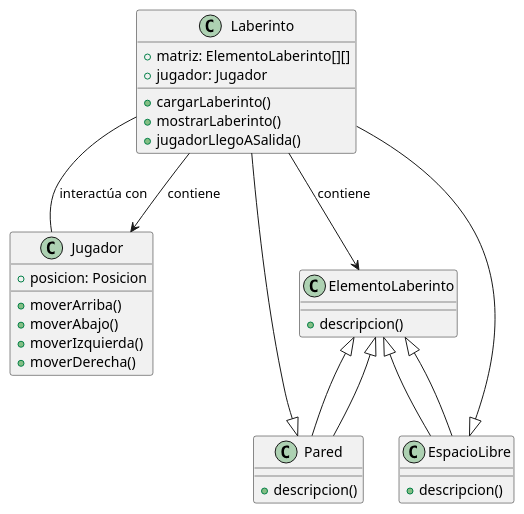
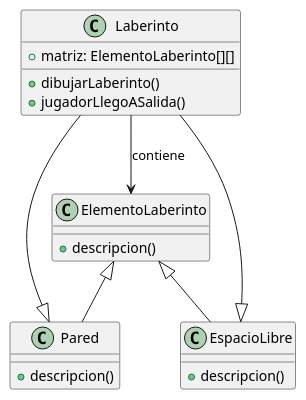
The diagram in clases.plantuml (sagarcial/labertinto), drawn with PlantUML before and after one commit.

```diff
--- a/clases.plantuml
+++ b/clases.plantuml
@@ -1,39 +1,25 @@
 @startuml
 class Laberinto {
   +matriz: ElementoLaberinto[][]
-  +jugador: Jugador
-  +cargarLaberinto()
-  +mostrarLaberinto()
+  +dibujarLaberinto()
   +jugadorLlegoASalida()
-}
-
-class Jugador {
-  +posicion: Posicion
-  +moverArriba()
-  +moverAbajo()
-  +moverIzquierda()
-  +moverDerecha()
 }
 
 class ElementoLaberinto {
   +descripcion()
 }
 
 class Pared {
   +descripcion()
 }
 
 class EspacioLibre {
   +descripcion()
 }
 
 Laberinto --> ElementoLaberinto : contiene
-Laberinto --> Jugador : contiene
 Laberinto --|> Pared
 Laberinto --|> EspacioLibre
-Jugador -- Laberinto : interactúa con
-Pared --|> ElementoLaberinto
-EspacioLibre --|> ElementoLaberinto
 ElementoLaberinto <|-- Pared
 ElementoLaberinto <|-- EspacioLibre
 @enduml
```
